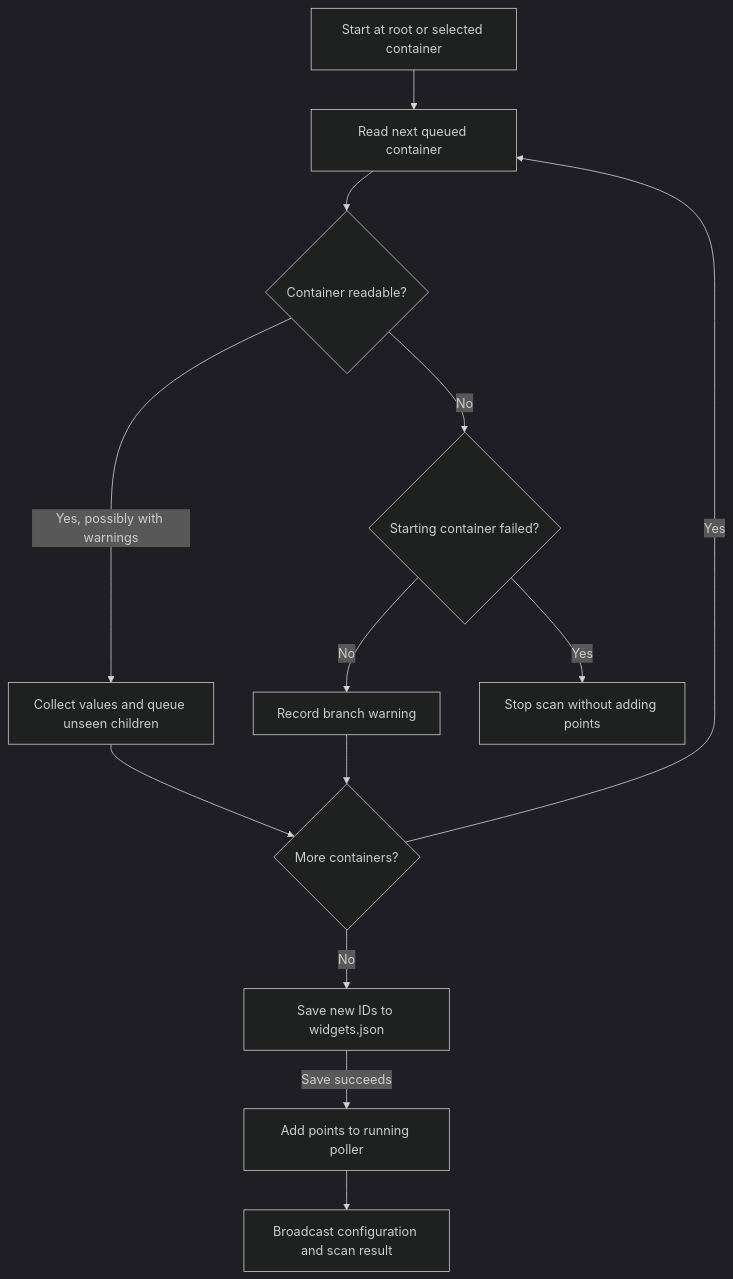
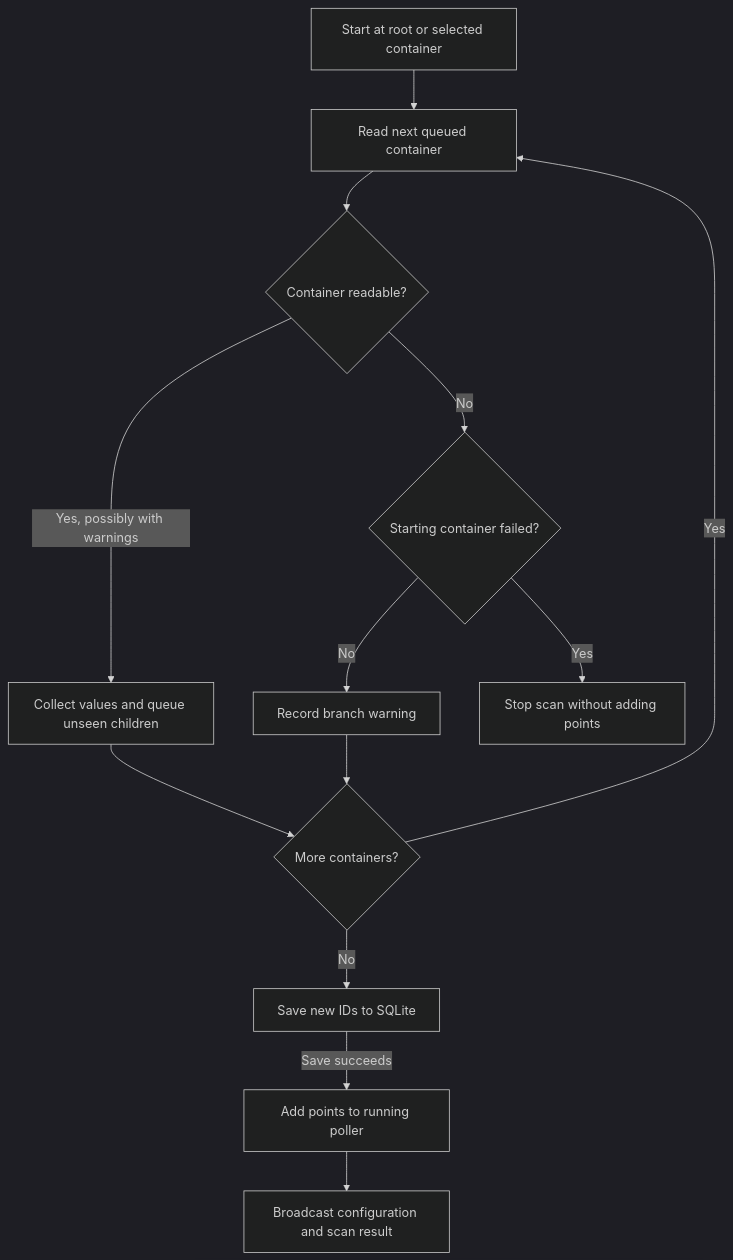
The first of 4 diagrams in dashboard/README.md (b-mikulan/IoT_Electric), drawn with Mermaid (dark theme) before and after one commit. The commit also changed other lines of this file and 31 other files, not shown here.

````diff
--- a/dashboard/README.md
+++ b/dashboard/README.md
@@ -130,27 +152,27 @@
 ```mermaid
 flowchart TD
     Start["Start at root or selected container"]
     Browse["Read next queued container"]
     Result{"Container readable?"}
     Collect["Collect values and queue unseen children"]
     Failure{"Starting container failed?"}
     Warning["Record branch warning"]
     Stop["Stop scan without adding points"]
     More{"More containers?"}
-    Save["Save new IDs to widgets.json"]
+    Save["Save new IDs to SQLite"]
     Runtime["Add points to running poller"]
     Browser["Broadcast configuration and scan result"]
 
     Start --> Browse
     Browse --> Result
     Result -->|Yes, possibly with warnings| Collect
     Result -->|No| Failure
     Failure -->|Yes| Stop
     Failure -->|No| Warning
     Collect --> More
     Warning --> More
     More -->|Yes| Browse
     More -->|No| Save
     Save -->|Save succeeds| Runtime
     Runtime --> Browser
 ```
````
